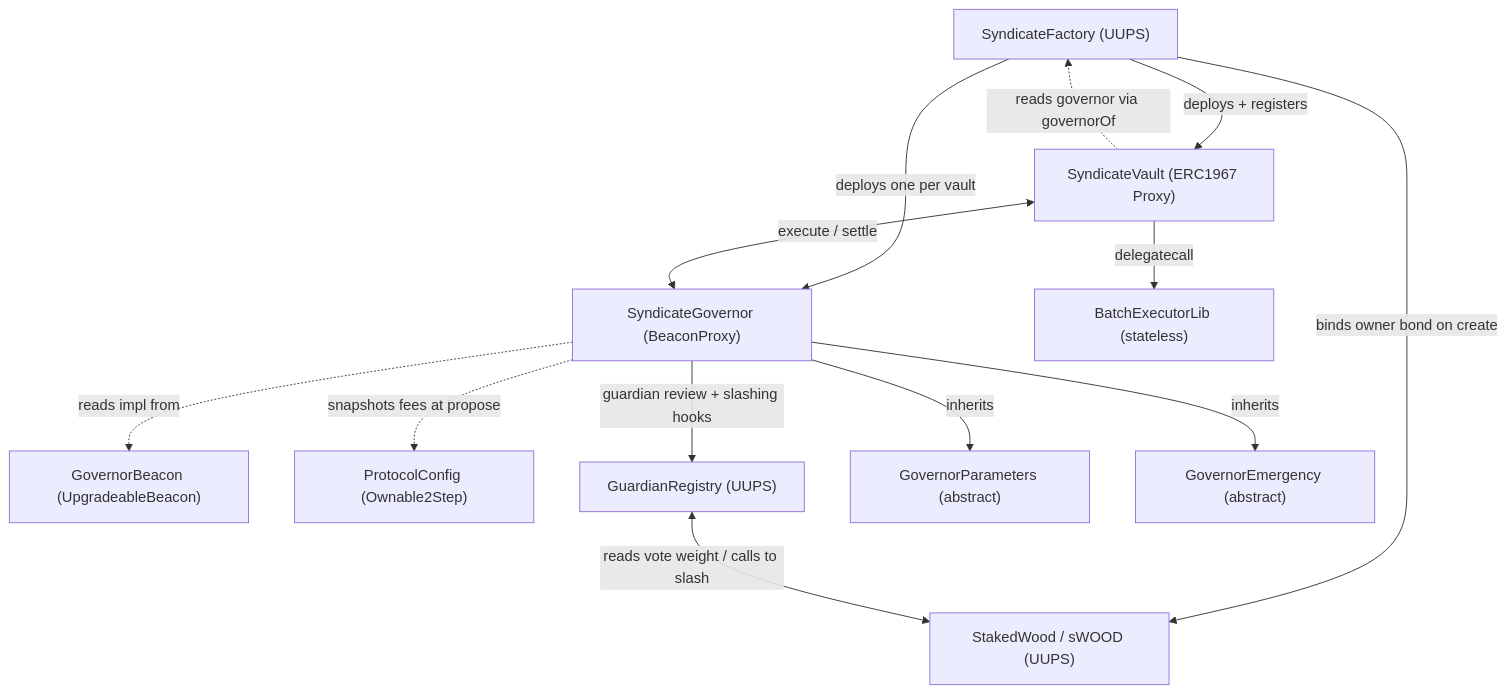
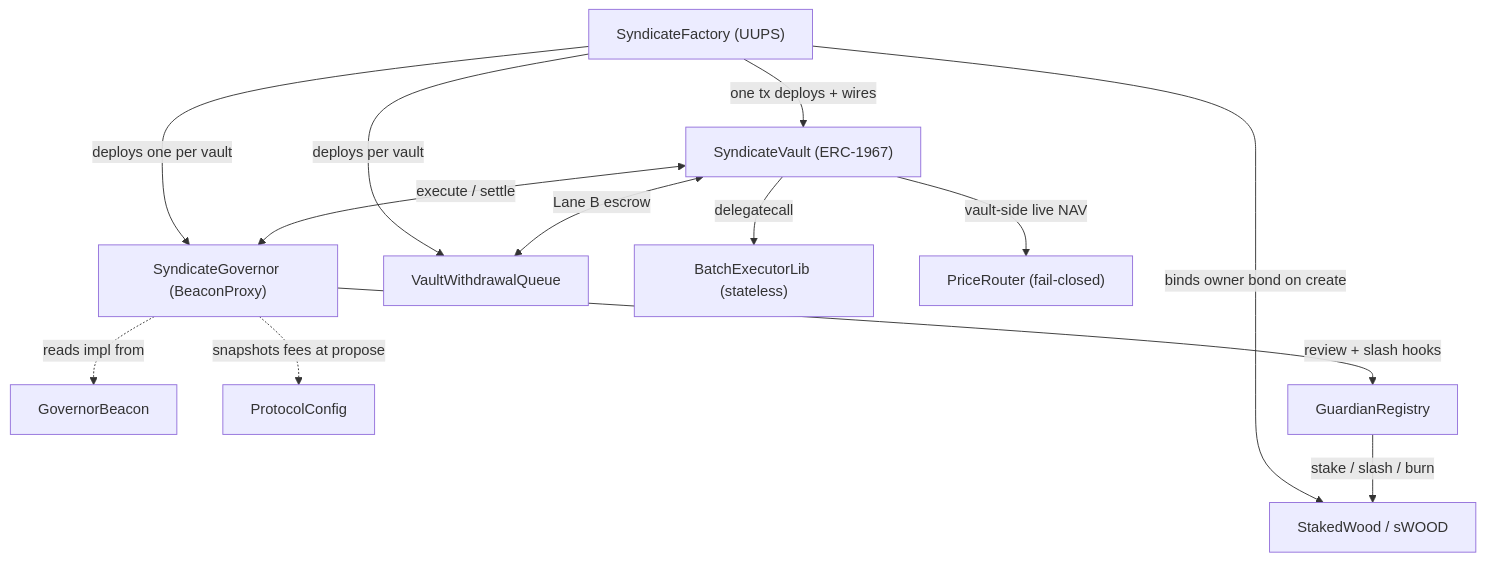
The diagram in protocol/architecture.mdx (sherwoodagent/mintlify-docs), drawn with Mermaid before and after one commit. The commit also changed other lines of this file and 35 other files, not shown here.

````diff
--- a/protocol/architecture.mdx
+++ b/protocol/architecture.mdx
@@ -11,15 +13,15 @@
 ```mermaid
 graph TD
-    F["SyndicateFactory (UUPS)"] -->|deploys + registers| V["SyndicateVault (ERC1967 Proxy)"]
+    F["SyndicateFactory (UUPS)"] -->|one tx deploys + wires| V["SyndicateVault (ERC-1967)"]
     F -->|deploys one per vault| G["SyndicateGovernor (BeaconProxy)"]
-    F -->|binds owner bond on create| SW["StakedWood / sWOOD (UUPS)"]
-    G -.->|reads impl from| GB["GovernorBeacon (UpgradeableBeacon)"]
-    G -.->|snapshots fees at propose| PC["ProtocolConfig (Ownable2Step)"]
-    G -->|guardian review + slashing hooks| R["GuardianRegistry (UUPS)"]
-    R <-->|reads vote weight / calls to slash| SW
+    F -->|deploys per vault| Q["VaultWithdrawalQueue"]
+    F -->|binds owner bond on create| SW["StakedWood / sWOOD"]
+    G -.->|reads impl from| GB["GovernorBeacon"]
+    G -.->|snapshots fees at propose| PC["ProtocolConfig"]
+    G -->|review + slash hooks| R["GuardianRegistry"]
+    R -->|stake / slash / burn| SW
     V <-->|execute / settle| G
     V -->|delegatecall| B["BatchExecutorLib (stateless)"]
-    G -->|inherits| P["GovernorParameters (abstract)"]
-    G -->|inherits| E["GovernorEmergency (abstract)"]
-    V -.->|reads governor via governorOf| F
+    V -->|vault-side live NAV| PR["PriceRouter (fail-closed)"]
+    V <-->|Lane B escrow| Q
 ```
````
